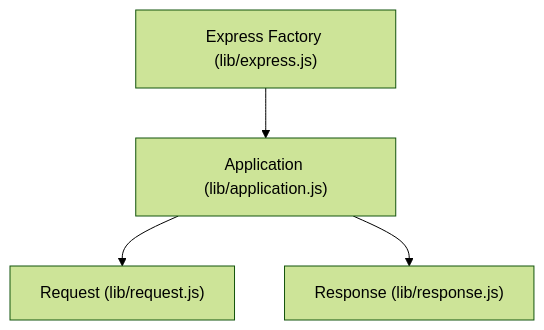
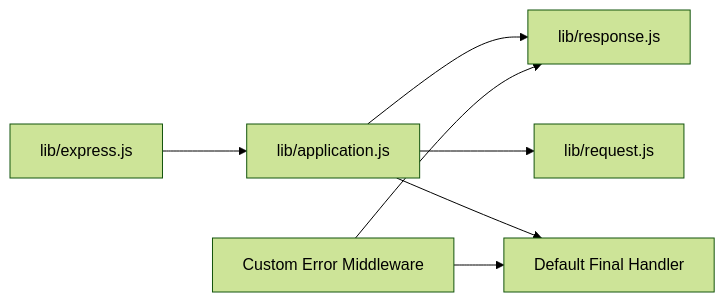
The third of 3 diagrams in .qoder/repowiki/en/content/Error Handling/Error Handling.md (mandalpiyush/express), drawn with Mermaid (forest theme) before and after one commit. The commit also changed other lines of this file and 137 other files, not shown here.

````diff
--- a/.qoder/repowiki/en/content/Error Handling/Error Handling.md
+++ b/.qoder/repowiki/en/content/Error Handling/Error Handling.md
@@ -238,10 +261,9 @@
 ```mermaid
-graph TB
-EX["Express Factory (lib/express.js)"]
-APP["Application (lib/application.js)"]
-REQ["Request (lib/request.js)"]
-RES["Response (lib/response.js)"]
-EX --> APP
-APP --> REQ
-APP --> RES
+graph LR
+EXP["lib/express.js"] --> APP["lib/application.js"]
+APP --> RESP["lib/response.js"]
+APP --> REQ["lib/request.js"]
+APP --> FH["Default Final Handler"]
+MW["Custom Error Middleware"] --> RESP
+MW --> FH
 ```
````
